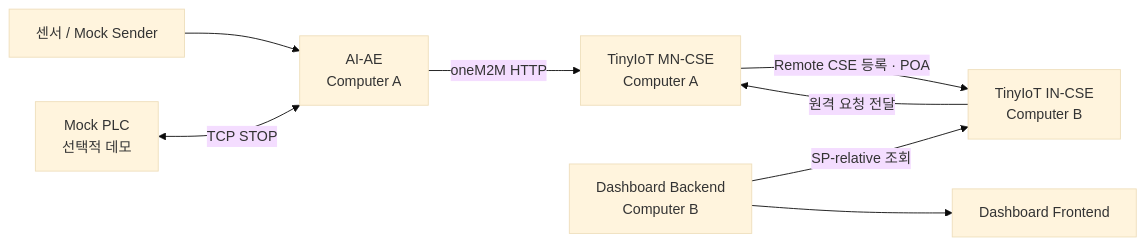
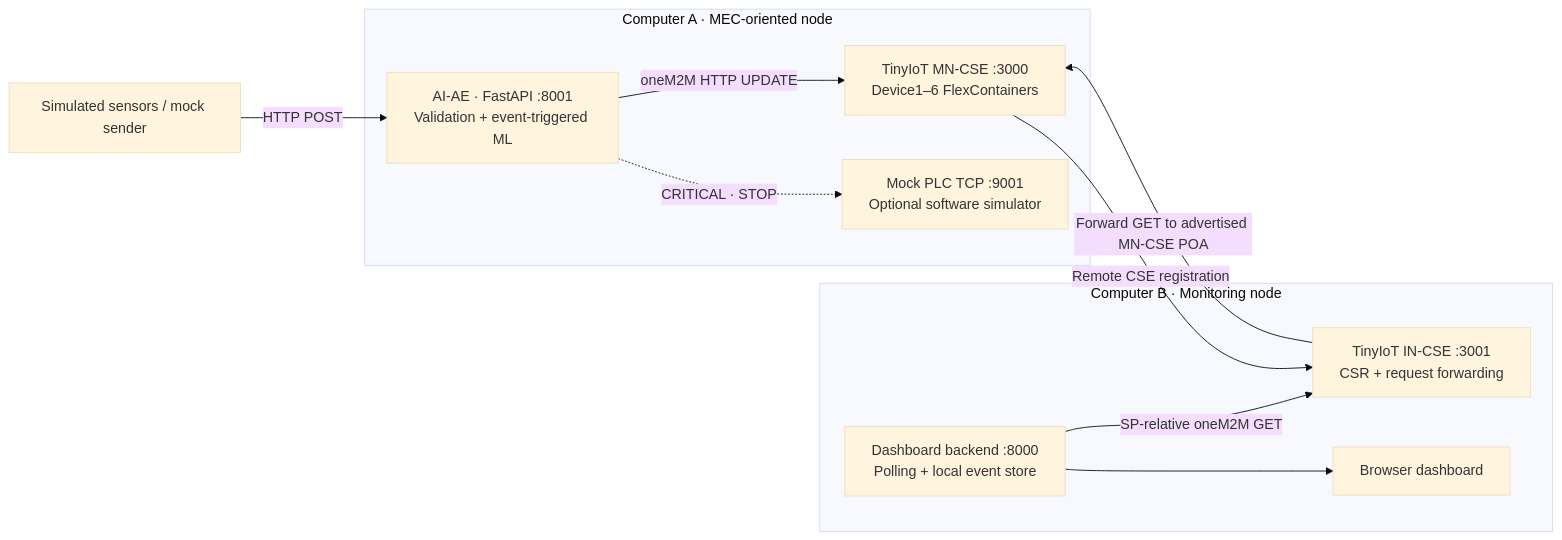
The first of 2 diagrams in README.md (seungwon20/oneM2M-project), drawn with Mermaid (base theme) before and after one commit. The commit also changed other lines of this file, not shown here.

````diff
--- a/README.md
+++ b/README.md
@@ -35,10 +31,20 @@
 ```mermaid
 flowchart LR
-    S["센서 / Mock Sender"] --> AE["AI-AE<br/>Computer A"]
-    AE -->|"oneM2M HTTP"| MN["TinyIoT MN-CSE<br/>Computer A"]
-    MN -->|"Remote CSE 등록 · POA"| IN["TinyIoT IN-CSE<br/>Computer B"]
-    DB["Dashboard Backend<br/>Computer B"] -->|"SP-relative 조회"| IN
-    IN -->|"원격 요청 전달"| MN
-    DB --> UI["Dashboard Frontend"]
-    PLC["Mock PLC<br/>선택적 데모"] <-->|"TCP STOP"| AE
+    Sensors["Simulated sensors / mock sender"] -->|"HTTP POST"| AE
+    subgraph A["Computer A · MEC-oriented node"]
+        AE["AI-AE · FastAPI :8001\nValidation + event-triggered ML"]
+        MN["TinyIoT MN-CSE :3000\nDevice1–6 FlexContainers"]
+        PLC["Mock PLC TCP :9001\nOptional software simulator"]
+        AE -->|"oneM2M HTTP UPDATE"| MN
+        AE -.->|"CRITICAL · STOP"| PLC
+    end
+    subgraph B["Computer B · Monitoring node"]
+        IN["TinyIoT IN-CSE :3001\nCSR + request forwarding"]
+        Dash["Dashboard backend :8000\nPolling + local event store"]
+        UI["Browser dashboard"]
+        Dash -->|"SP-relative oneM2M GET"| IN
+        Dash --> UI
+    end
+    MN -->|"Remote CSE registration"| IN
+    IN -->|"Forward GET to advertised MN-CSE POA"| MN
 ```
````
